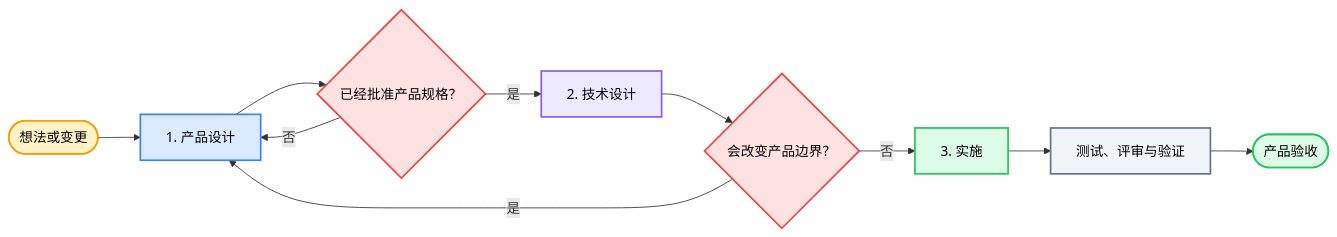
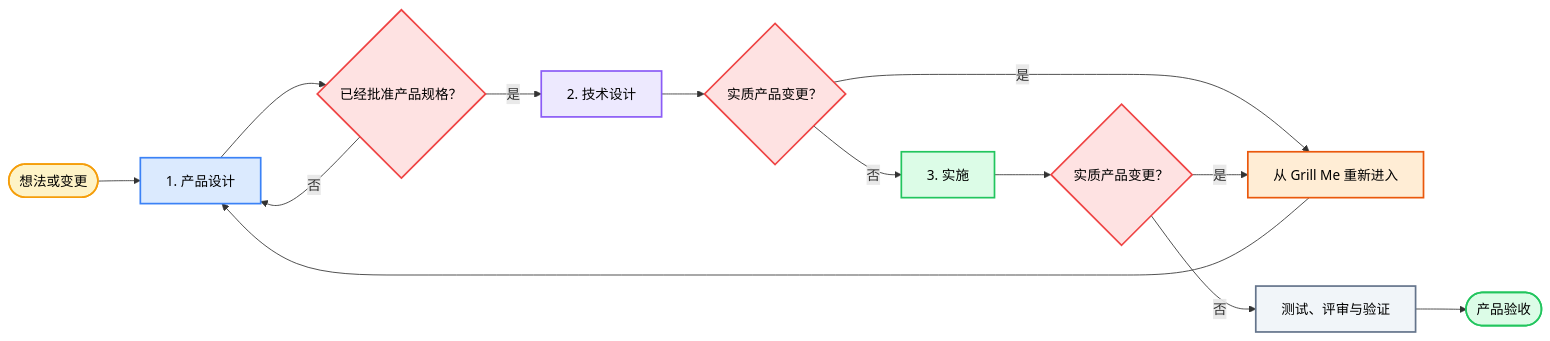
The diagram in docs/lang/README_ZH.md (okht/grill-powers), drawn with Mermaid before and after one commit. The commit also changed other lines of this file and 2 other files, not shown here.

````diff
--- a/docs/lang/README_ZH.md
+++ b/docs/lang/README_ZH.md
@@ -131,21 +131,26 @@
 ```mermaid
 flowchart LR
     I(["想法或变更"]) --> P["1. 产品设计"]
     P --> S{"已经批准产品规格？"}
     S -- "否" --> P
     S -- "是" --> T["2. 技术设计"]
-    T --> C{"会改变产品边界？"}
-    C -- "是" --> P
+    T --> C{"实质产品变更？"}
+    C -- "是" --> R["从 Grill Me 重新进入"]
+    R --> P
     C -- "否" --> D["3. 实施"]
-    D --> V["测试、评审与验证"]
+    D --> M{"实质产品变更？"}
+    M -- "是" --> R
+    M -- "否" --> V["测试、评审与验证"]
     V --> A(["产品验收"])
 
     style I fill:#FEF3C7,stroke:#F59E0B,stroke-width:2px,color:#000
     style P fill:#DBEAFE,stroke:#3B82F6,stroke-width:2px,color:#000
     style S fill:#FEE2E2,stroke:#EF4444,stroke-width:2px,color:#000
     style T fill:#EDE9FE,stroke:#8B5CF6,stroke-width:2px,color:#000
     style C fill:#FEE2E2,stroke:#EF4444,stroke-width:2px,color:#000
+    style R fill:#FFEDD5,stroke:#EA580C,stroke-width:2px,color:#000
     style D fill:#DCFCE7,stroke:#22C55E,stroke-width:2px,color:#000
+    style M fill:#FEE2E2,stroke:#EF4444,stroke-width:2px,color:#000
     style V fill:#F1F5F9,stroke:#64748B,stroke-width:2px,color:#000
     style A fill:#DCFCE7,stroke:#22C55E,stroke-width:2px,color:#000
 ```
````
